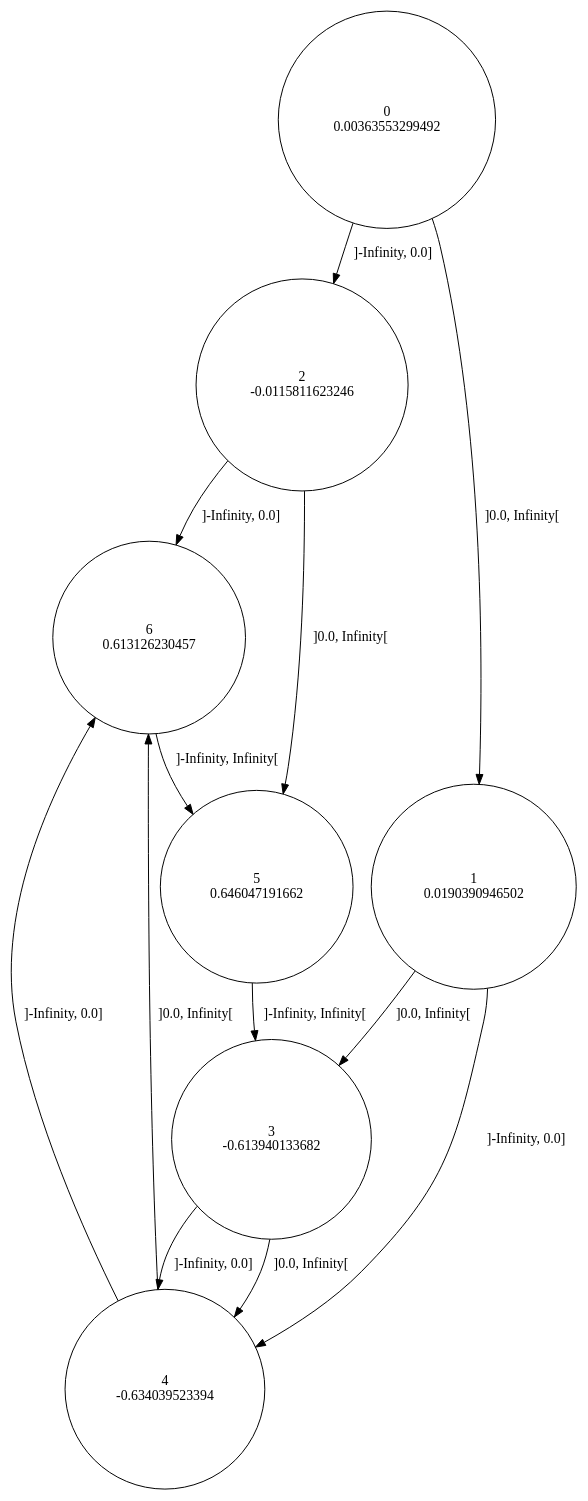
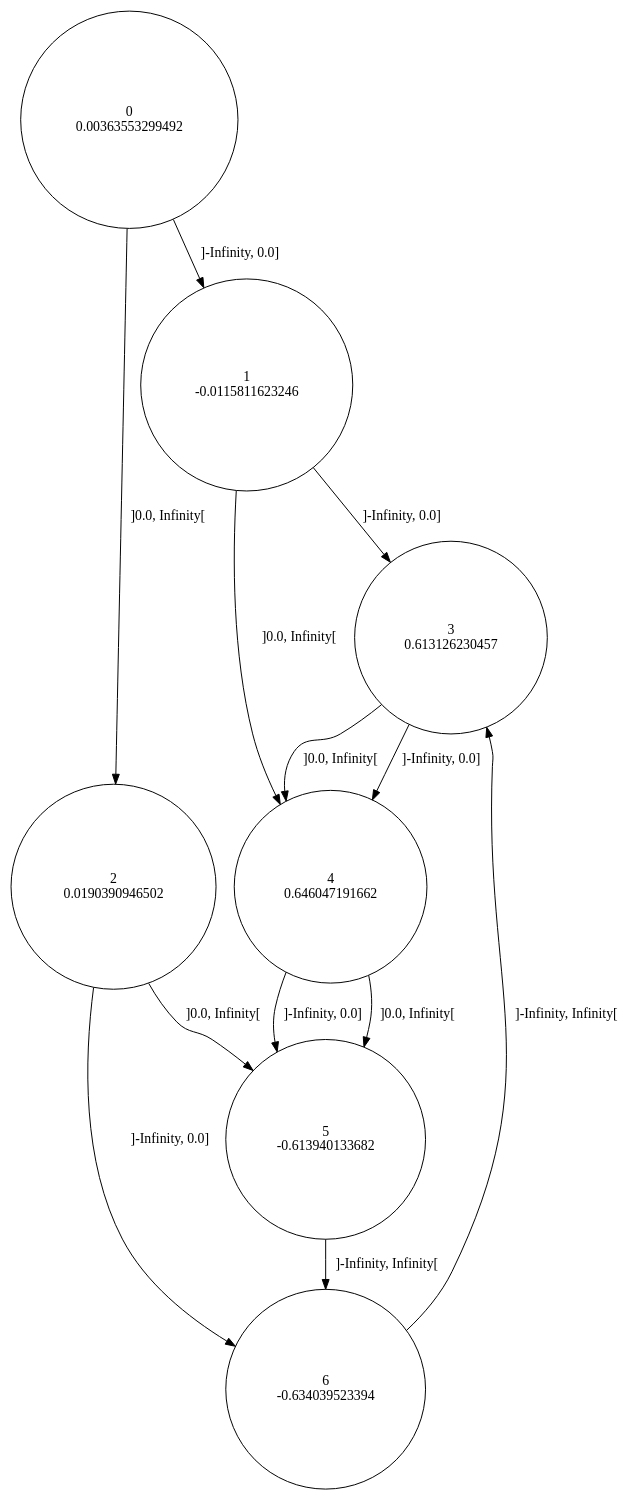
One commit to gllpellegrino/RAI_experiments changed the diagram in sinus/data/7/rtisy.dot. Above: the diagram before and after it, drawn with Graphviz. The commit also changed 168 other files, not shown here.

```diff
--- a/sinus/data/7/rtisy.dot
+++ b/sinus/data/7/rtisy.dot
@@ -1,21 +1,21 @@
 digraph a {
 0 [shape=circle, label="0\n0.00363553299492"];
-	0 -> 2 [label="]-Infinity, 0.0]"];
-	0 -> 1 [label="]0.0, Infinity["];
-1 [shape=circle, label="1\n0.0190390946502"];
-	1 -> 4 [label="]-Infinity, 0.0]"];
-	1 -> 3 [label="]0.0, Infinity["];
-2 [shape=circle, label="2\n-0.0115811623246"];
+	0 -> 1 [label="]-Infinity, 0.0]"];
+	0 -> 2 [label="]0.0, Infinity["];
+1 [shape=circle, label="1\n-0.0115811623246"];
+	1 -> 3 [label="]-Infinity, 0.0]"];
+	1 -> 4 [label="]0.0, Infinity["];
+2 [shape=circle, label="2\n0.0190390946502"];
 	2 -> 6 [label="]-Infinity, 0.0]"];
 	2 -> 5 [label="]0.0, Infinity["];
-3 [shape=circle, label="3\n-0.613940133682"];
+3 [shape=circle, label="3\n0.613126230457"];
 	3 -> 4 [label="]-Infinity, 0.0]"];
 	3 -> 4 [label="]0.0, Infinity["];
-4 [shape=circle, label="4\n-0.634039523394"];
-	4 -> 6 [label="]-Infinity, 0.0]"];
-	4 -> 6 [label="]0.0, Infinity["];
-5 [shape=circle, label="5\n0.646047191662"];
-	5 -> 3 [label="]-Infinity, Infinity["];
-6 [shape=circle, label="6\n0.613126230457"];
-	6 -> 5 [label="]-Infinity, Infinity["];
+4 [shape=circle, label="4\n0.646047191662"];
+	4 -> 5 [label="]-Infinity, 0.0]"];
+	4 -> 5 [label="]0.0, Infinity["];
+5 [shape=circle, label="5\n-0.613940133682"];
+	5 -> 6 [label="]-Infinity, Infinity["];
+6 [shape=circle, label="6\n-0.634039523394"];
+	6 -> 3 [label="]-Infinity, Infinity["];
 }
```
